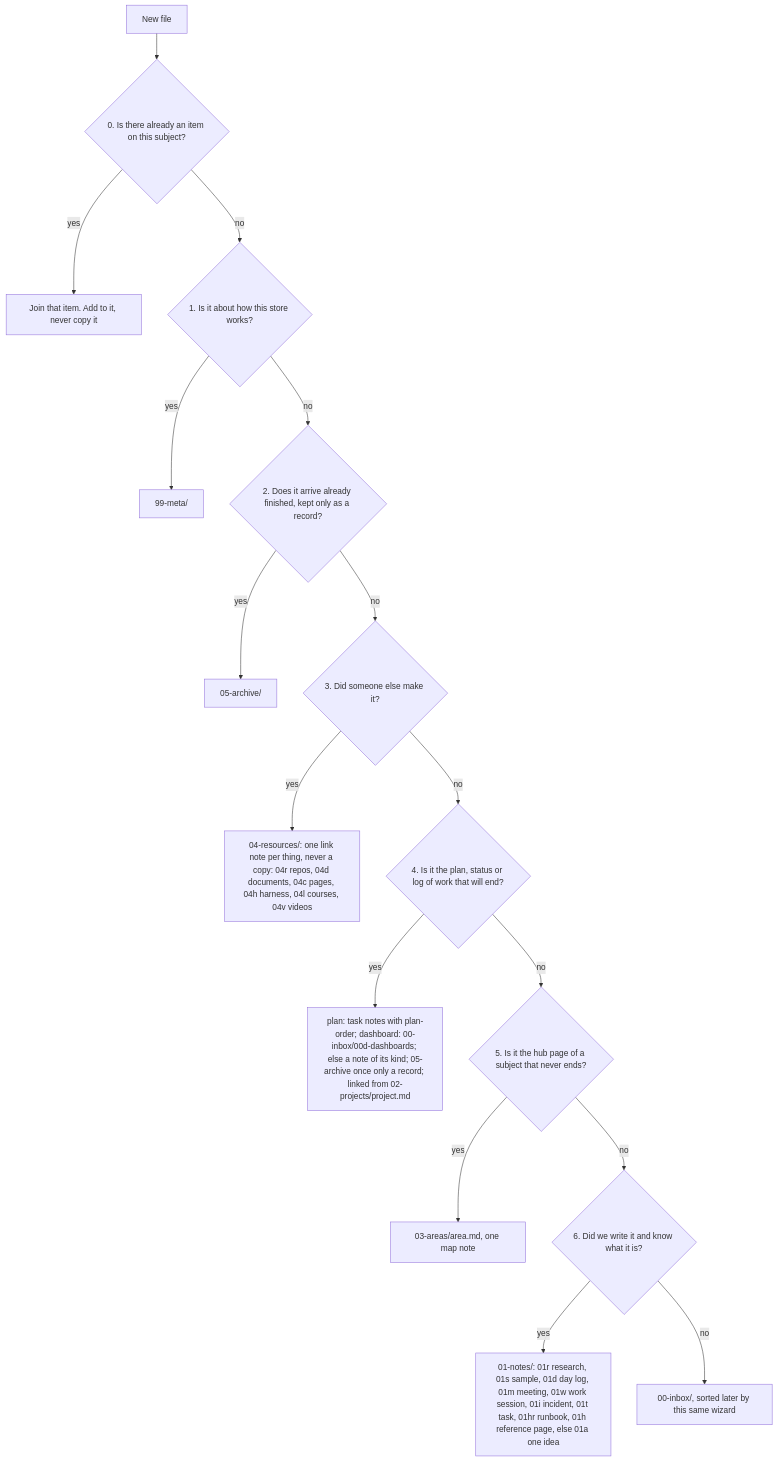
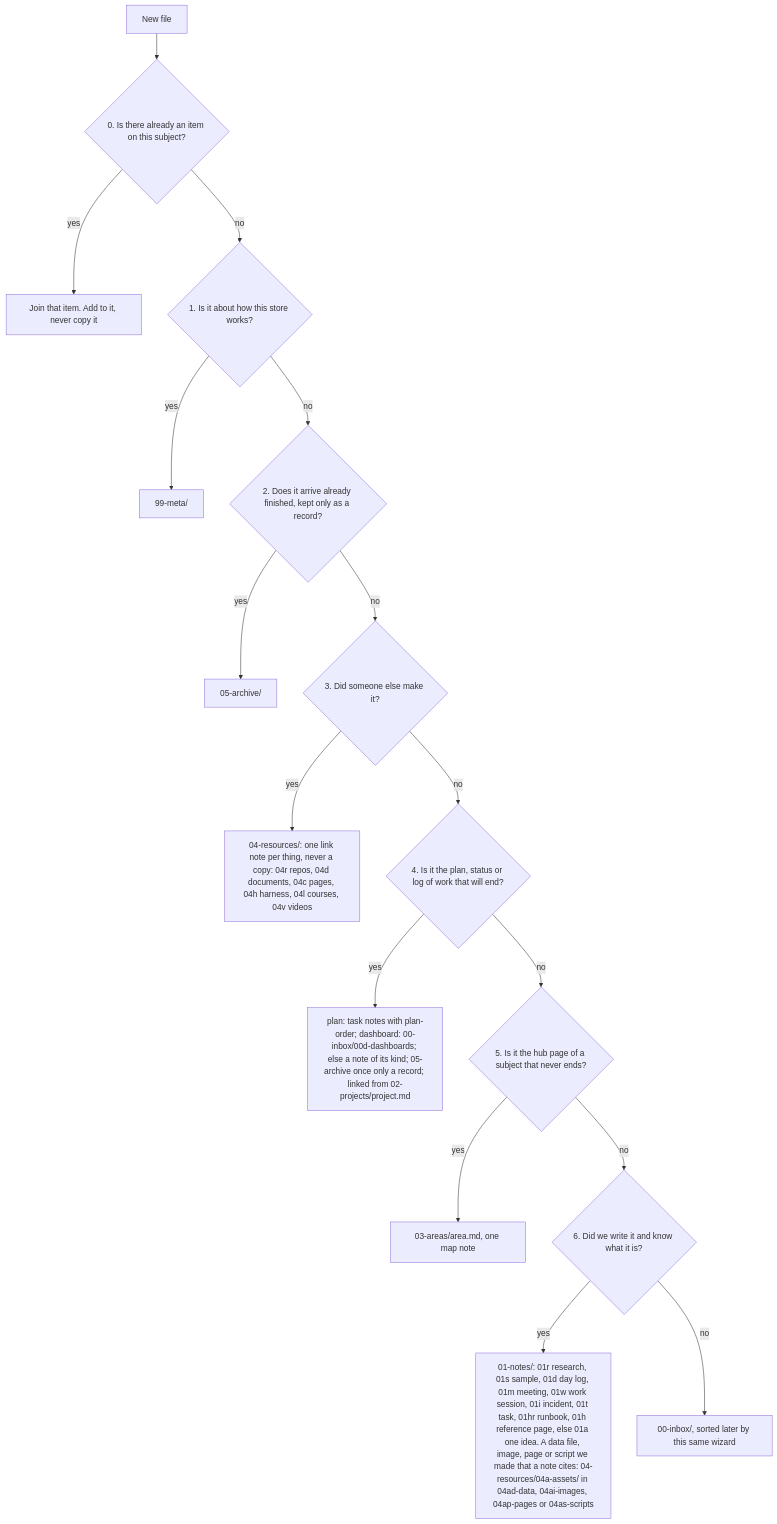
The diagram in 99-meta/ORGANIZE.md (jonhill90/inpara), drawn with Mermaid before and after one commit. The commit also changed other lines of this file and 1 other file, not shown here.

````diff
--- a/99-meta/ORGANIZE.md
+++ b/99-meta/ORGANIZE.md
@@ -119,18 +122,18 @@
 ```mermaid
 flowchart TD
   S["New file"] --> Q0{"0. Is there already an item on this subject?"}
   Q0 -->|"yes"| J["Join that item. Add to it, never copy it"]
   Q0 -->|"no"| Q1{"1. Is it about how this store works?"}
   Q1 -->|"yes"| M["99-meta/"]
   Q1 -->|"no"| Q2{"2. Does it arrive already finished, kept only as a record?"}
   Q2 -->|"yes"| AR["05-archive/"]
   Q2 -->|"no"| Q3{"3. Did someone else make it?"}
   Q3 -->|"yes"| RS["04-resources/: one link note per thing, never a copy: 04r repos, 04d documents, 04c pages, 04h harness, 04l courses, 04v videos"]
   Q3 -->|"no"| Q4{"4. Is it the plan, status or log of work that will end?"}
   Q4 -->|"yes"| PR["plan: task notes with plan-order; dashboard: 00-inbox/00d-dashboards; else a note of its kind; 05-archive once only a record; linked from 02-projects/project.md"]
   Q4 -->|"no"| Q5{"5. Is it the hub page of a subject that never ends?"}
   Q5 -->|"yes"| AA["03-areas/area.md, one map note"]
   Q5 -->|"no"| Q6{"6. Did we write it and know what it is?"}
-  Q6 -->|"yes"| NO["01-notes/: 01r research, 01s sample, 01d day log, 01m meeting, 01w work session, 01i incident, 01t task, 01hr runbook, 01h reference page, else 01a one idea"]
+  Q6 -->|"yes"| NO["01-notes/: 01r research, 01s sample, 01d day log, 01m meeting, 01w work session, 01i incident, 01t task, 01hr runbook, 01h reference page, else 01a one idea. A data file, image, page or script we made that a note cites: 04-resources/04a-assets/ in 04ad-data, 04ai-images, 04ap-pages or 04as-scripts"]
   Q6 -->|"no"| IN["00-inbox/, sorted later by this same wizard"]
 ```
````
